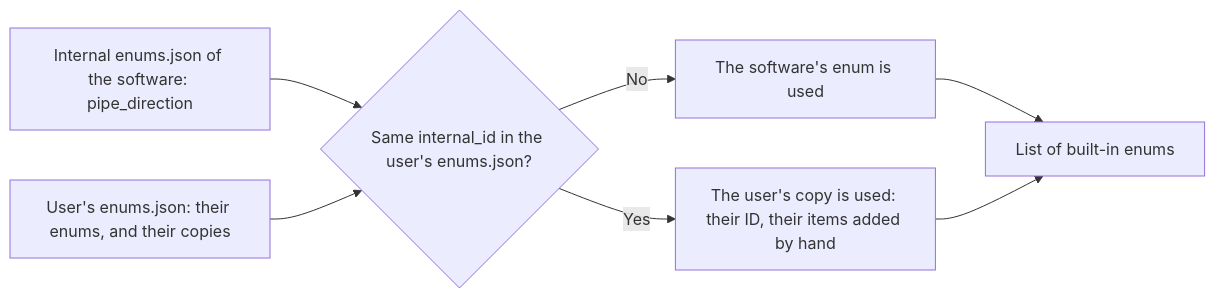
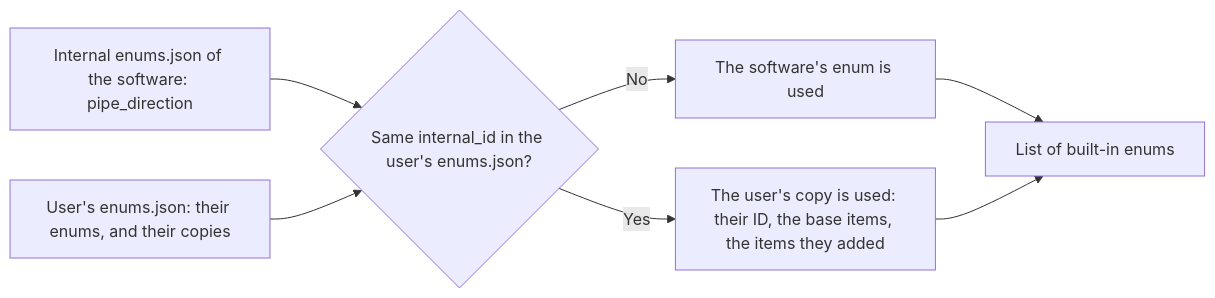
Diagram 32 of 53 in metadata/draft.md (AlexandreGallais/synoptic-studio-spec), drawn with Mermaid before and after one commit. The commit also changed other lines of this file and 9 other files, not shown here.

````diff
--- a/metadata/draft.md
+++ b/metadata/draft.md
@@ -899,9 +900,9 @@
 ```mermaid
 flowchart LR
     S["Internal enums.json of the software: pipe_direction"] --> M{"Same internal_id in the user's enums.json?"}
     U["User's enums.json: their enums, and their copies"] --> M
     M -- "No" --> A["The software's enum is used"]
-    M -- "Yes" --> B["The user's copy is used: their ID, their items added by hand"]
+    M -- "Yes" --> B["The user's copy is used: their ID, the base items, the items they added"]
     A --> L["List of built-in enums"]
     B --> L
 ```
````
